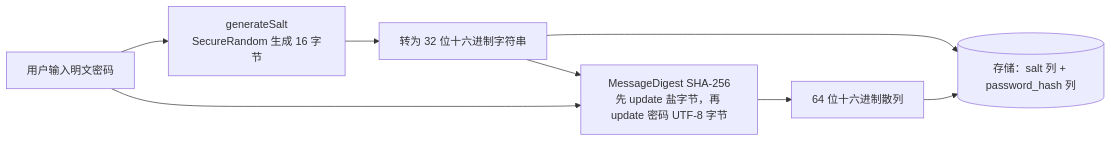
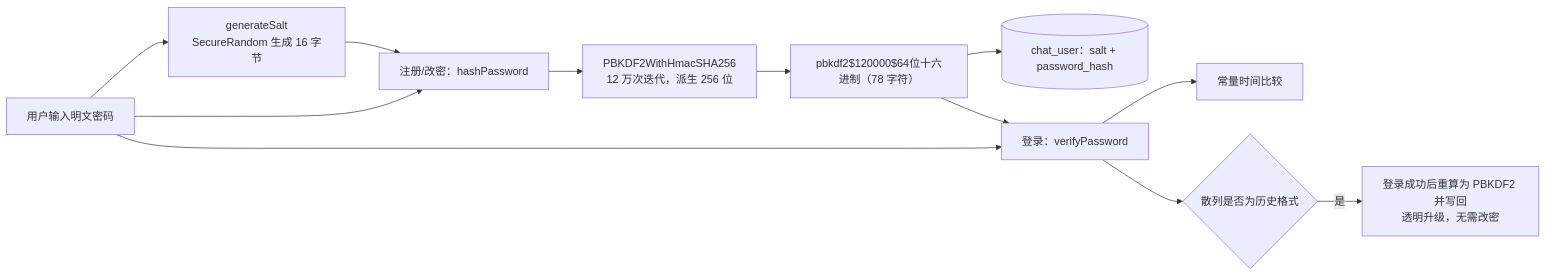
Before and after one commit to FeiTwnd/lanchat: the third of 3 diagrams in docs/design/03-数据库与持久化设计.md, drawn with Mermaid. The commit also changed other lines of this file and 9 other files, not shown here.

````diff
--- a/docs/design/03-数据库与持久化设计.md
+++ b/docs/design/03-数据库与持久化设计.md
@@ -448,10 +401,14 @@
 ```mermaid
 flowchart LR
-    P["用户输入明文密码"] --> GEN["generateSalt<br/>SecureRandom 生成 16 字节"]
-    GEN --> HEX["转为 32 位十六进制字符串"]
-    HEX --> DIGEST["MessageDigest SHA-256<br/>先 update 盐字节，再 update 密码 UTF-8 字节"]
-    P --> DIGEST
-    DIGEST --> H["64 位十六进制散列"]
-    HEX --> STORE[("存储：salt 列 + password_hash 列")]
-    H --> STORE
+    P["用户输入明文密码"] --> SALT["generateSalt<br/>SecureRandom 生成 16 字节"]
+    SALT --> REG["注册/改密：hashPassword"]
+    P --> REG
+    REG --> PBKDF2["PBKDF2WithHmacSHA256<br/>12 万次迭代，派生 256 位"]
+    PBKDF2 --> H["pbkdf2$120000$64位十六进制（78 字符）"]
+    H --> STORE[("chat_user：salt + password_hash")]
+    P --> VERIFY["登录：verifyPassword"]
+    H --> VERIFY
+    VERIFY --> CMP["常量时间比较"]
+    VERIFY --> LEGACY{"散列是否为历史格式"}
+    LEGACY -->|是| UP["登录成功后重算为 PBKDF2 并写回<br/>透明升级，无需改密"]
 ```
````
